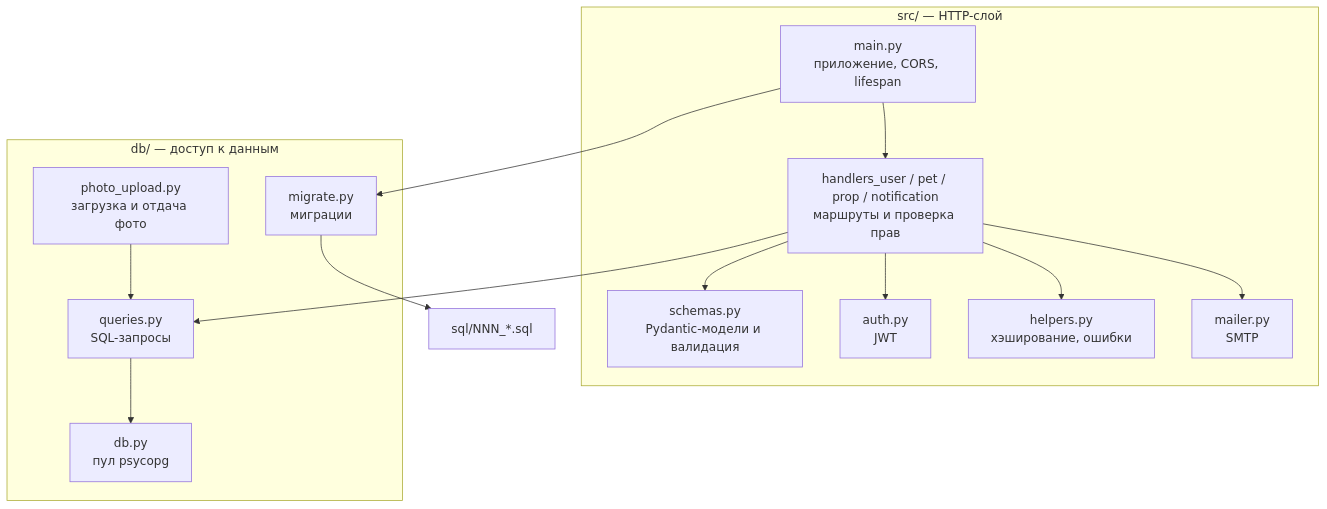
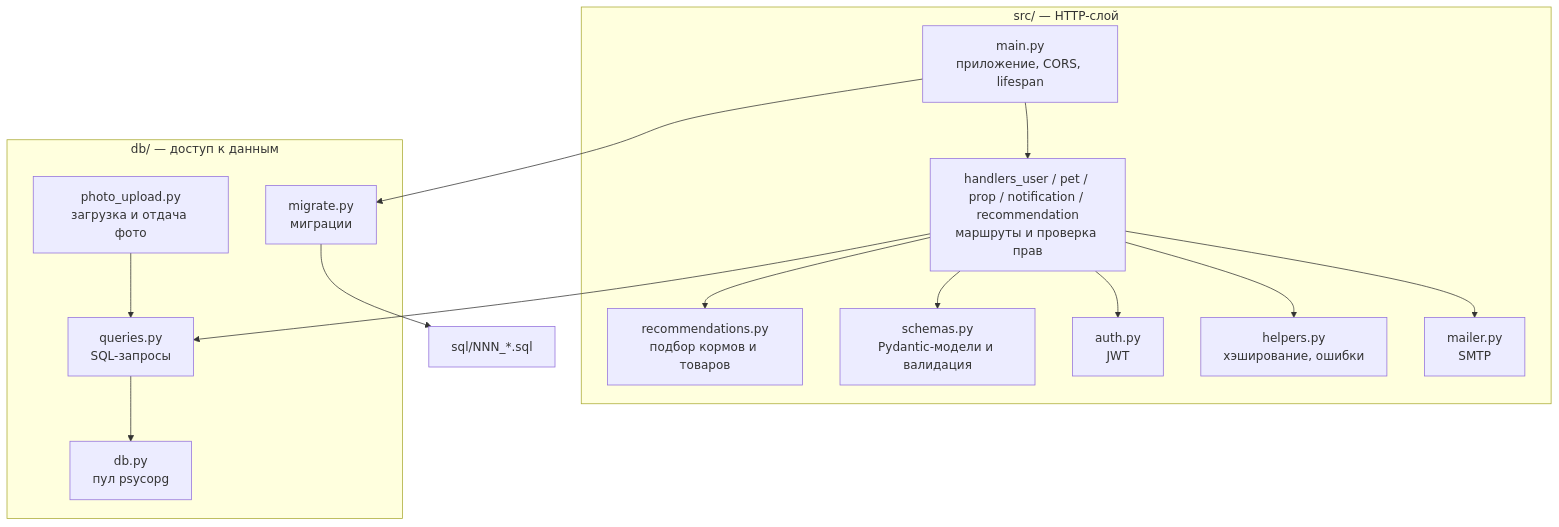
One commit to sigizmund993/prod-petCare changed the second of 7 diagrams in ARCHITECTURE.md. Above: the diagram before and after it, drawn with Mermaid. The commit also changed other lines of this file and 10 other files, not shown here.

````diff
--- a/ARCHITECTURE.md
+++ b/ARCHITECTURE.md
@@ -85,29 +87,31 @@
 ```mermaid
 flowchart TB
     subgraph src["src/ — HTTP-слой"]
         main["main.py<br/>приложение, CORS, lifespan"]
-        handlers["handlers_user / pet / prop / notification<br/>маршруты и проверка прав"]
+        handlers["handlers_user / pet / prop / notification / recommendation<br/>маршруты и проверка прав"]
+        reco["recommendations.py<br/>подбор кормов и товаров"]
         schemas["schemas.py<br/>Pydantic-модели и валидация"]
         auth["auth.py<br/>JWT"]
         helpers["helpers.py<br/>хэширование, ошибки"]
         mailer["mailer.py<br/>SMTP"]
     end
     subgraph db["db/ — доступ к данным"]
         queries["queries.py<br/>SQL-запросы"]
         photo["photo_upload.py<br/>загрузка и отдача фото"]
         pool["db.py<br/>пул psycopg"]
         migrate["migrate.py<br/>миграции"]
     end
     sql["sql/NNN_*.sql"]
 
     main --> handlers
     handlers --> schemas
     handlers --> auth
     handlers --> helpers
     handlers --> mailer
     handlers --> queries
+    handlers --> reco
     photo --> queries
     queries --> pool
     main --> migrate
     migrate --> sql
 ```
````
